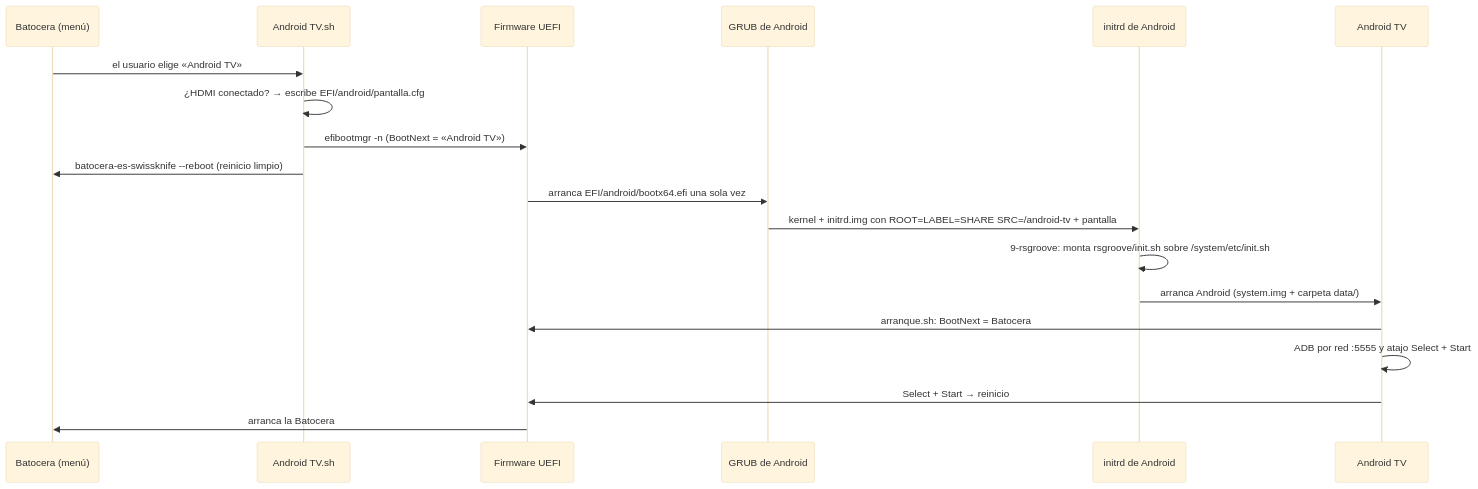
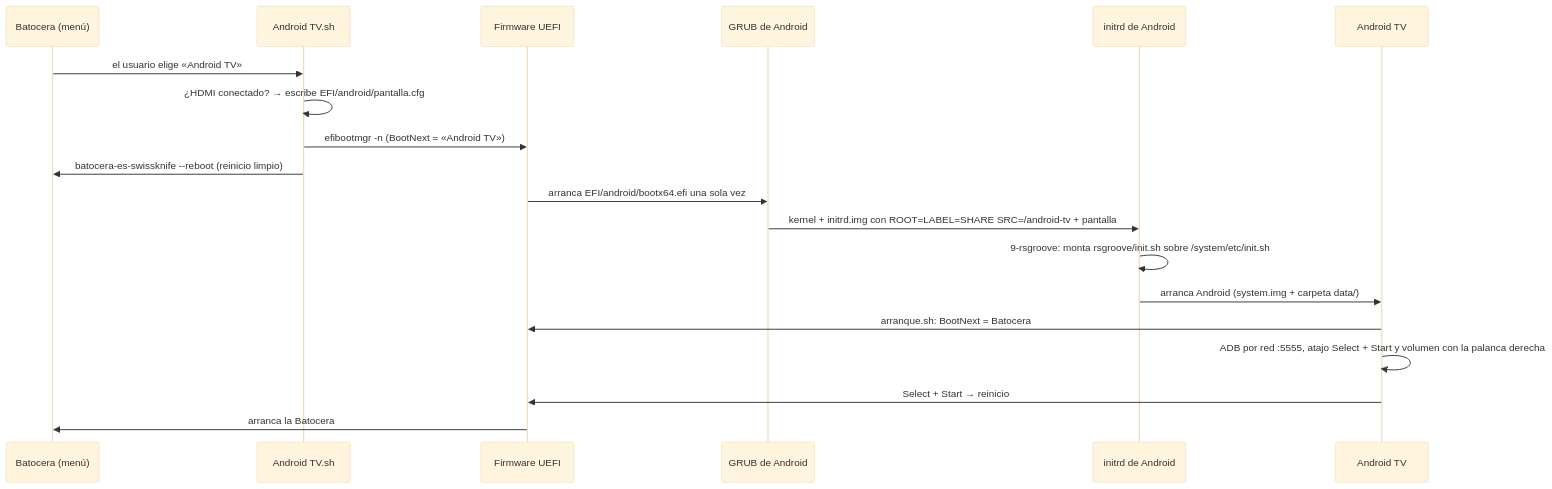
Before and after one commit to RichardS-Groove/batocera-android-tv-rs-groove: the diagram in docs/COMO-FUNCIONA.md, drawn with Mermaid (base theme). The commit also changed other lines of this file and 9 other files, not shown here.

First line of the commit message:
v1.1.0: volumen con la palanca derecha y teclado de la notebook en español

````diff
--- a/docs/COMO-FUNCIONA.md
+++ b/docs/COMO-FUNCIONA.md
@@ -5,21 +5,21 @@
 ```mermaid
 sequenceDiagram
     participant B as Batocera (menú)
     participant L as Android TV.sh
     participant U as Firmware UEFI
     participant G as GRUB de Android
     participant I as initrd de Android
     participant A as Android TV
     B->>L: el usuario elige «Android TV»
     L->>L: ¿HDMI conectado? → escribe EFI/android/pantalla.cfg
     L->>U: efibootmgr -n (BootNext = «Android TV»)
     L->>B: batocera-es-swissknife --reboot (reinicio limpio)
     U->>G: arranca EFI/android/bootx64.efi una sola vez
     G->>I: kernel + initrd.img con ROOT=LABEL=SHARE SRC=/android-tv + pantalla
     I->>I: 9-rsgroove: monta rsgroove/init.sh sobre /system/etc/init.sh
     I->>A: arranca Android (system.img + carpeta data/)
     A->>U: arranque.sh: BootNext = Batocera
-    A->>A: ADB por red :5555 y atajo Select + Start
+    A->>A: ADB por red :5555, atajo Select + Start y volumen con la palanca derecha
     A->>U: Select + Start → reinicio
     U->>B: arranca la Batocera
 ```
````
